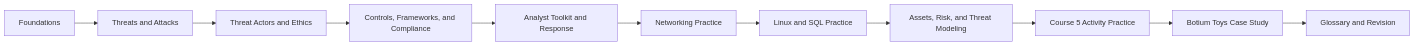
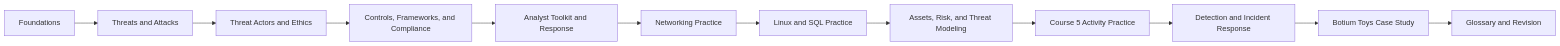
Before and after one commit to BlackCat-Sec/google-cybersecurity-study-guide: the diagram in README.md, drawn with Mermaid. The commit also changed other lines of this file and 11 other files, not shown here.

Commit message:
add course 6 incident response notes

````diff
--- a/README.md
+++ b/README.md
@@ -32,13 +34,14 @@
 ```mermaid
 flowchart LR
     A["Foundations"] --> B["Threats and Attacks"]
     B --> C["Threat Actors and Ethics"]
     C --> D["Controls, Frameworks, and Compliance"]
     D --> E["Analyst Toolkit and Response"]
     E --> F["Networking Practice"]
     F --> G["Linux and SQL Practice"]
     G --> H["Assets, Risk, and Threat Modeling"]
     H --> I["Course 5 Activity Practice"]
-    I --> J["Botium Toys Case Study"]
-    J --> K["Glossary and Revision"]
+    I --> J["Detection and Incident Response"]
+    J --> K["Botium Toys Case Study"]
+    K --> L["Glossary and Revision"]
 ```
````
